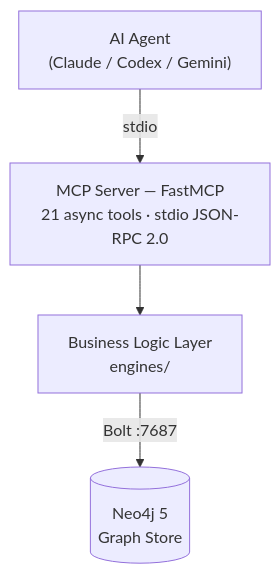
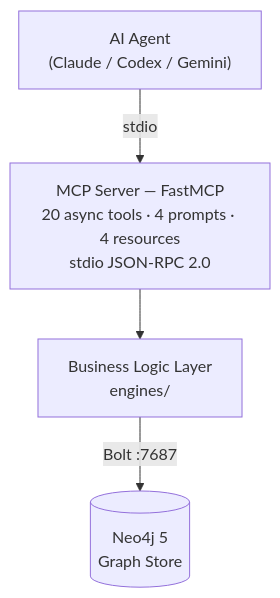
One commit to khoavu882/graphbase-memories-mcp changed the diagram in docs/index.md. Above: the diagram before and after it, drawn with Mermaid. The commit also changed other lines of this file and 20 other files, not shown here.

````diff
--- a/docs/index.md
+++ b/docs/index.md
@@ -17,11 +17,11 @@
 ```mermaid
 graph TD
     A["AI Agent<br/>(Claude / Codex / Gemini)"]
-    B["MCP Server — FastMCP<br/>21 async tools · stdio JSON-RPC 2.0"]
+    B["MCP Server — FastMCP<br/>20 async tools · 4 prompts · 4 resources<br/>stdio JSON-RPC 2.0"]
     C["Business Logic Layer<br/>engines/"]
     I[("Neo4j 5<br/>Graph Store")]
 
     A -->|"stdio"| B
     B --> C
     C -->|"Bolt :7687"| I
 ```
````
